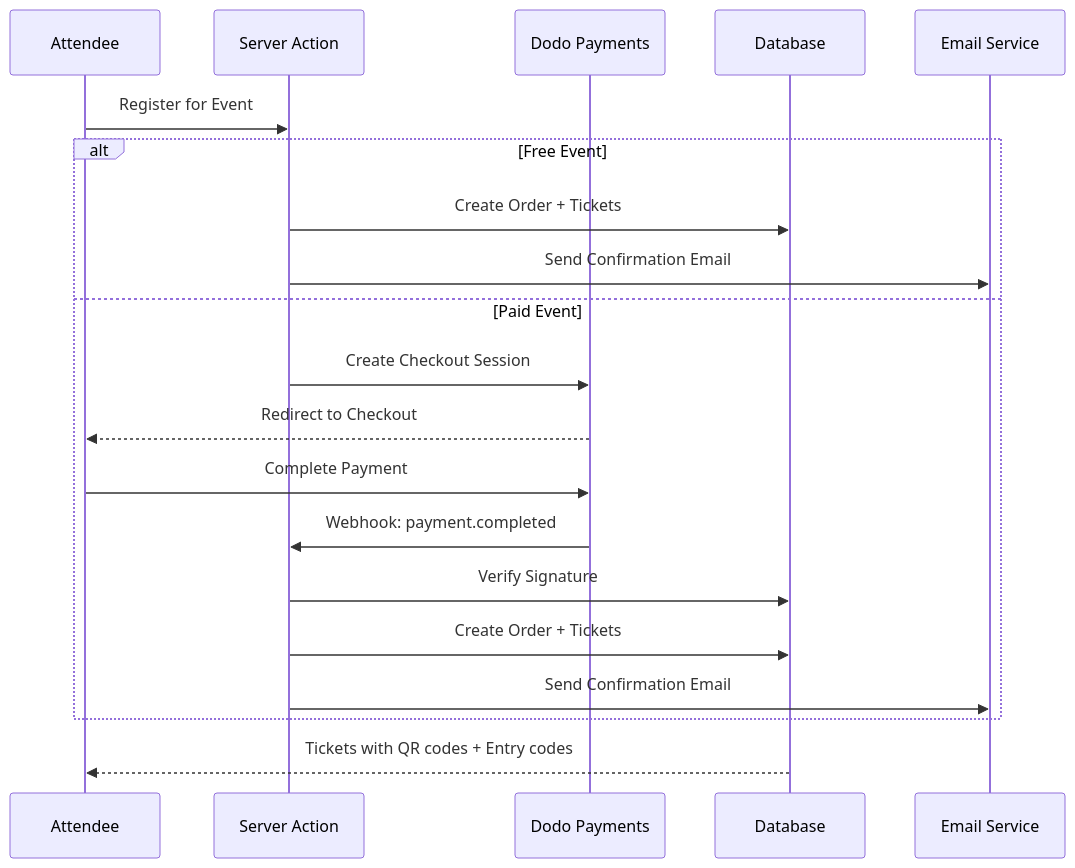
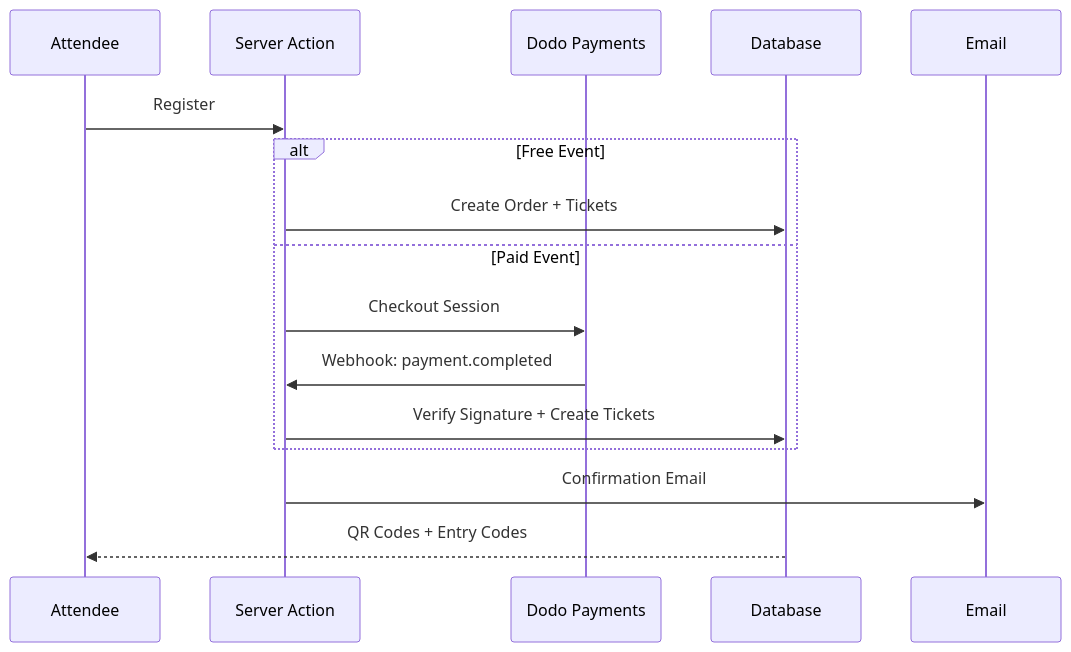
Before and after one commit to ArrinPaul/Eventra: the second of 3 diagrams in README.md, drawn with Mermaid. The commit also changed other lines of this file and 9 other files, not shown here.

````diff
--- a/README.md
+++ b/README.md
@@ -289,23 +143,19 @@
 ```mermaid
 sequenceDiagram
     participant U as Attendee
     participant SA as Server Action
     participant P as Dodo Payments
     participant DB as Database
-    participant E as Email Service
+    participant E as Email
 
-    U->>SA: Register for Event
+    U->>SA: Register
     alt Free Event
         SA->>DB: Create Order + Tickets
-        SA->>E: Send Confirmation Email
     else Paid Event
-        SA->>P: Create Checkout Session
-        P-->>U: Redirect to Checkout
-        U->>P: Complete Payment
+        SA->>P: Checkout Session
         P->>SA: Webhook: payment.completed
-        SA->>DB: Verify Signature
-        SA->>DB: Create Order + Tickets
-        SA->>E: Send Confirmation Email
+        SA->>DB: Verify Signature + Create Tickets
     end
-    DB-->>U: Tickets with QR codes + Entry codes
+    SA->>E: Confirmation Email
+    DB-->>U: QR Codes + Entry Codes
 ```
````
